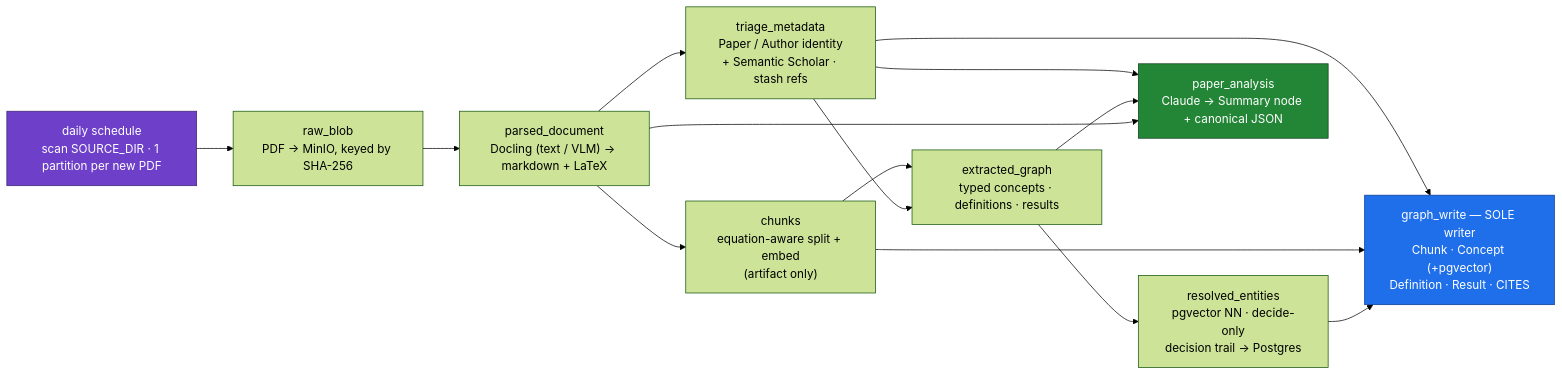
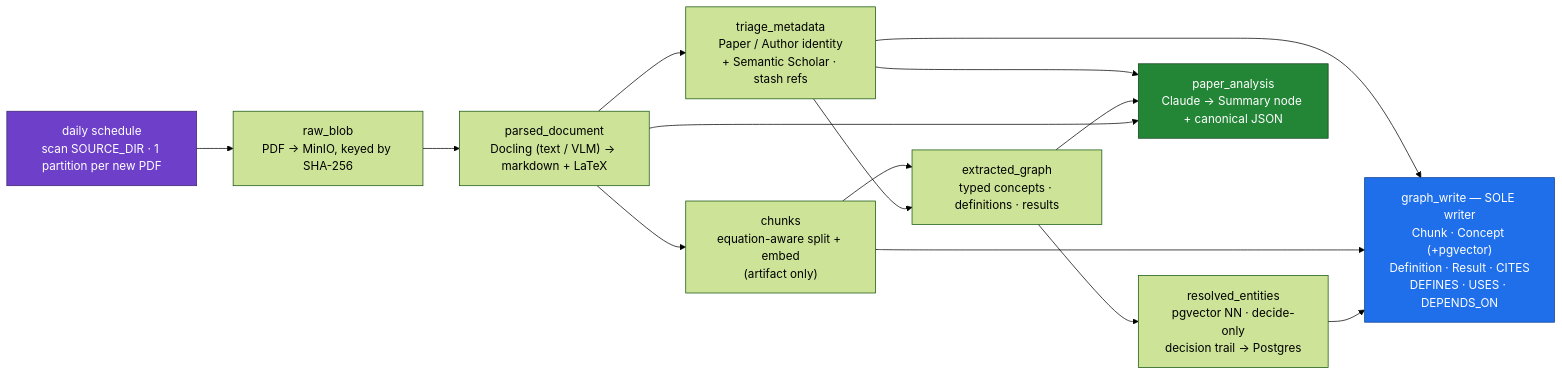
The diagram in README.md (odshelley/knowledge-retrieval), drawn with Mermaid (forest theme) before and after one commit. The commit also changed other lines of this file, not shown here.

Commit message:
docs: note DEFINES/USES/DEPENDS_ON edges in README

````diff
--- a/README.md
+++ b/README.md
@@ -39,29 +39,29 @@
 ```mermaid
 flowchart LR
     sched["daily schedule<br/>scan SOURCE_DIR · 1 partition per new PDF"]:::sched
     raw["raw_blob<br/>PDF → MinIO, keyed by SHA-256"]
     parse["parsed_document<br/>Docling (text / VLM) → markdown + LaTeX"]
     triage["triage_metadata<br/>Paper / Author identity<br/>+ Semantic Scholar · stash refs"]
     chunks["chunks<br/>equation-aware split + embed<br/>(artifact only)"]
     extract["extracted_graph<br/>typed concepts · definitions · results"]
     resolve["resolved_entities<br/>pgvector NN · decide-only<br/>decision trail → Postgres"]
     analysis["paper_analysis<br/>Claude → Summary node + canonical JSON"]:::sink
-    write["graph_write — SOLE writer<br/>Chunk · Concept (+pgvector)<br/>Definition · Result · CITES"]:::writer
+    write["graph_write — SOLE writer<br/>Chunk · Concept (+pgvector)<br/>Definition · Result · CITES<br/>DEFINES · USES · DEPENDS_ON"]:::writer
 
     sched --> raw --> parse
     parse --> triage
     parse --> chunks
     parse --> analysis
     triage --> extract
     chunks --> extract
     extract --> resolve
     extract --> analysis
     triage --> analysis
     resolve --> write
     chunks --> write
     triage --> write
 
     classDef sched fill:#6e40c9,stroke:#3d2470,color:#fff;
     classDef writer fill:#1f6feb,stroke:#0b3d91,color:#fff;
     classDef sink fill:#238636,stroke:#10401f,color:#fff;
 ```
````
